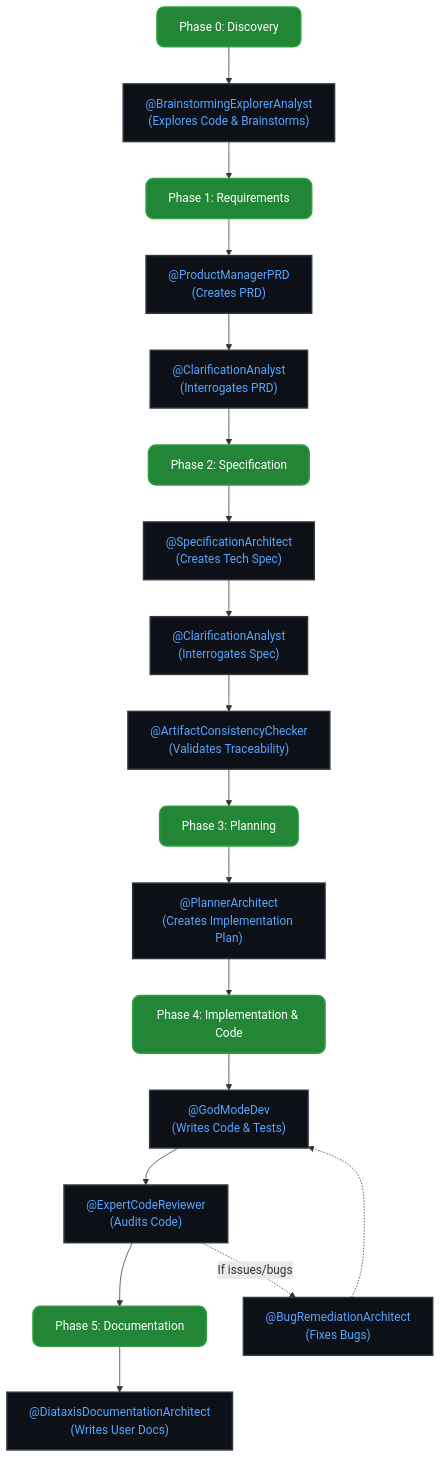
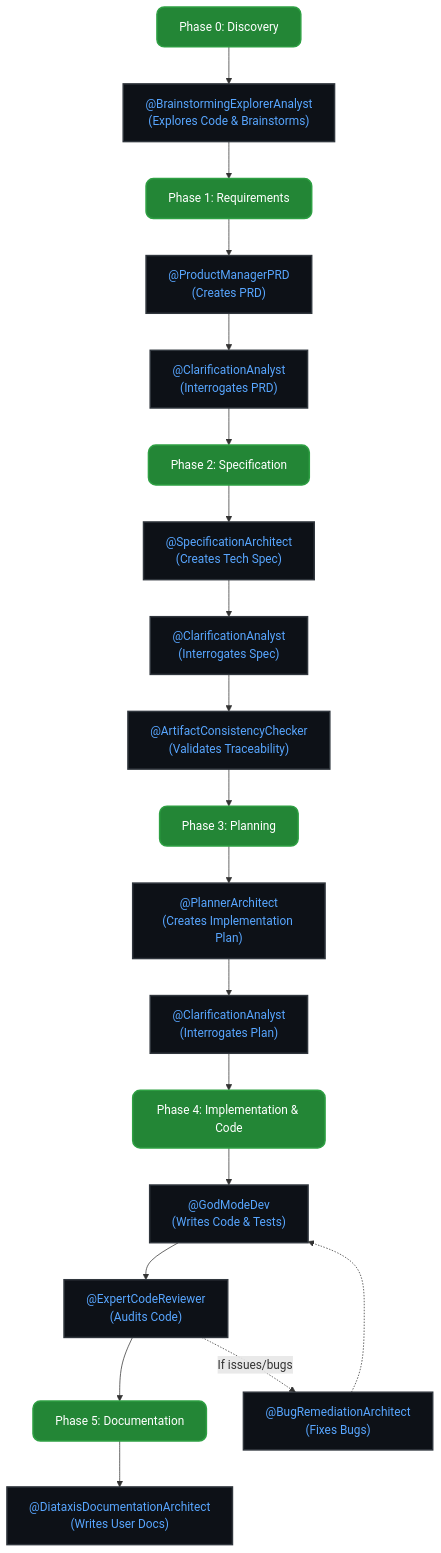
Before and after one commit to GulajavaMinistudio/awesome-copilot-id: the diagram in README.md, drawn with Mermaid. The commit also changed other lines of this file and 1 other file, not shown here.

````diff
--- a/README.md
+++ b/README.md
@@ -246,54 +290,56 @@
 ```mermaid
 graph TD
     %% Define Styles
     classDef agent fill:#0d1117,color:#58a6ff,stroke:#30363d,stroke-width:2px;
     classDef phase fill:#238636,color:#ffffff,stroke:#2ea043,stroke-width:2px,rx:10px,ry:10px;
 
     %% Nodes
     Phase0[Phase 0: Discovery]:::phase
     Phase1[Phase 1: Requirements]:::phase
     Phase2[Phase 2: Specification]:::phase
     Phase3[Phase 3: Planning]:::phase
     Phase4[Phase 4: Implementation & Code]:::phase
     Phase5[Phase 5: Documentation]:::phase
 
     AgentBEA["@BrainstormingExplorerAnalyst<br/>(Explores Code & Brainstorms)"]:::agent
     AgentPM["@ProductManagerPRD<br/>(Creates PRD)"]:::agent
     AgentCA1["@ClarificationAnalyst<br/>(Interrogates PRD)"]:::agent
 
     AgentSA["@SpecificationArchitect<br/>(Creates Tech Spec)"]:::agent
     AgentCA2["@ClarificationAnalyst<br/>(Interrogates Spec)"]:::agent
     AgentACC["@ArtifactConsistencyChecker<br/>(Validates Traceability)"]:::agent
 
     AgentPA["@PlannerArchitect<br/>(Creates Implementation Plan)"]:::agent
+    AgentCA3["@ClarificationAnalyst<br/>(Interrogates Plan)"]:::agent
 
     AgentGMD["@GodModeDev<br/>(Writes Code & Tests)"]:::agent
     AgentECR["@ExpertCodeReviewer<br/>(Audits Code)"]:::agent
     AgentBRA["@BugRemediationArchitect<br/>(Fixes Bugs)"]:::agent
 
     AgentDDA["@DiataxisDocumentationArchitect<br/>(Writes User Docs)"]:::agent
 
     %% Flow
     Phase0 --> AgentBEA
     AgentBEA --> Phase1
 
     Phase1 --> AgentPM
     AgentPM --> AgentCA1
     AgentCA1 --> Phase2
 
     Phase2 --> AgentSA
     AgentSA --> AgentCA2
     AgentCA2 --> AgentACC
     AgentACC --> Phase3
 
     Phase3 --> AgentPA
-    AgentPA --> Phase4
+    AgentPA --> AgentCA3
+    AgentCA3 --> Phase4
 
     Phase4 --> AgentGMD
     AgentGMD --> AgentECR
     AgentECR -.->|If issues/bugs| AgentBRA
     AgentBRA -.-> AgentGMD
     AgentECR --> Phase5
 
     Phase5 --> AgentDDA
 ```
````
